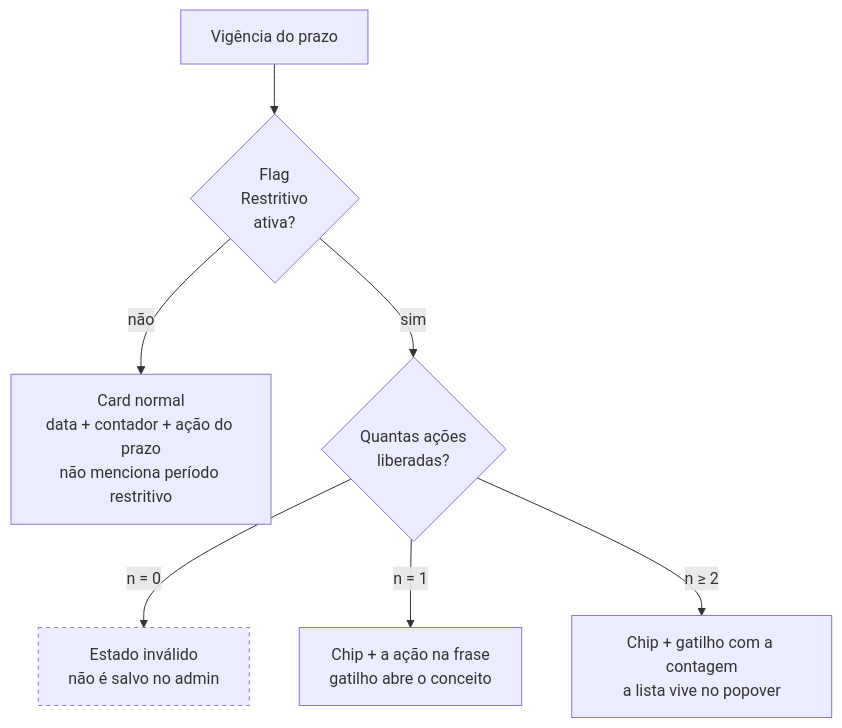
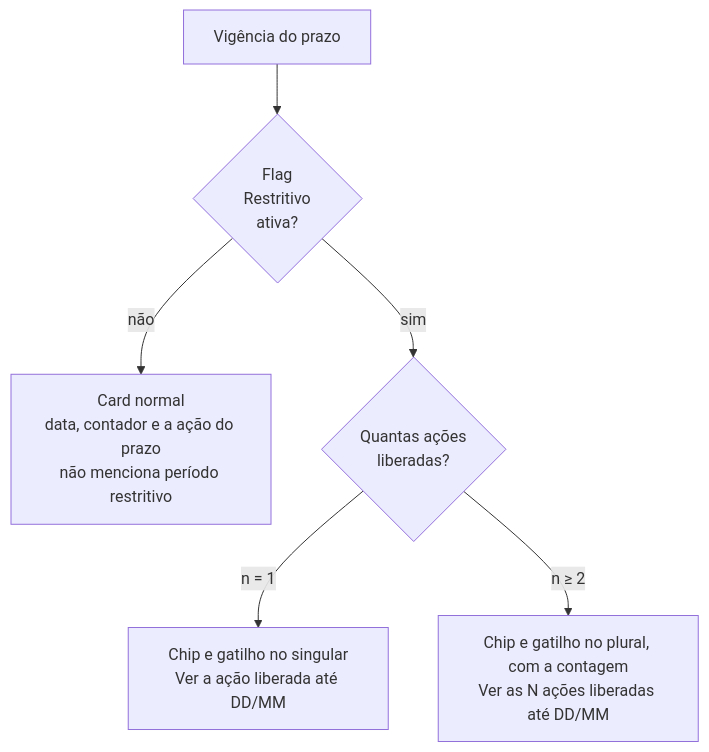
Before and after one commit to brunomarques-ux/reciclagoias: the first of 2 diagrams in docs/sistema/JUSTIFICATIVA-DASHBOARD-GESTORA.md, drawn with Mermaid. The commit also changed other lines of this file, not shown here.

````diff
--- a/docs/sistema/JUSTIFICATIVA-DASHBOARD-GESTORA.md
+++ b/docs/sistema/JUSTIFICATIVA-DASHBOARD-GESTORA.md
@@ -125,11 +134,8 @@
 ```mermaid
 flowchart TD
     A["Vigência do prazo"] --> B{"Flag<br/>Restritivo<br/>ativa?"}
-    B -->|não| C["Card normal<br/>data + contador + ação do prazo<br/>não menciona período restritivo"]
+    B -->|não| C["Card normal<br/>data, contador e a ação do prazo<br/>não menciona período restritivo"]
     B -->|sim| D{"Quantas ações<br/>liberadas?"}
-    D -->|"n = 0"| E["Estado inválido<br/>não é salvo no admin"]
-    D -->|"n = 1"| F["Chip + a ação na frase<br/>gatilho abre o conceito"]
-    D -->|"n ≥ 2"| G["Chip + gatilho com a contagem<br/>a lista vive no popover"]
-
-    style E stroke-dasharray: 4 4
+    D -->|"n = 1"| F["Chip e gatilho no singular<br/>Ver a ação liberada até DD/MM"]
+    D -->|"n ≥ 2"| G["Chip e gatilho no plural, com a contagem<br/>Ver as N ações liberadas até DD/MM"]
 ```
````
